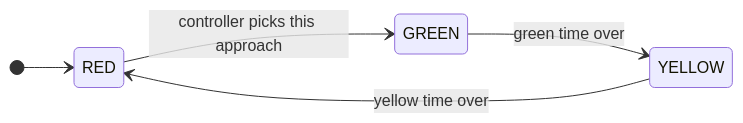
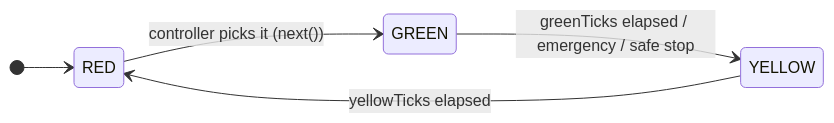
The third of 8 diagrams in TrafficControlSystem/FLOW.md (vk2201/LLD), drawn with Mermaid before and after one commit. The commit also changed other lines of this file and 1 other file, not shown here.

First line of the commit message:
Regenerate TrafficControlSystem flow diagrams from implemented code

````diff
--- a/TrafficControlSystem/FLOW.md
+++ b/TrafficControlSystem/FLOW.md
@@ -46,8 +108,8 @@
 ```mermaid
 stateDiagram-v2
     direction LR
     [*] --> RED
-    RED --> GREEN : controller picks this approach
-    GREEN --> YELLOW : green time over
-    YELLOW --> RED : yellow time over
+    RED --> GREEN : controller picks it (next())
+    GREEN --> YELLOW : greenTicks elapsed / emergency / safe stop
+    YELLOW --> RED : yellowTicks elapsed
 ```
````
